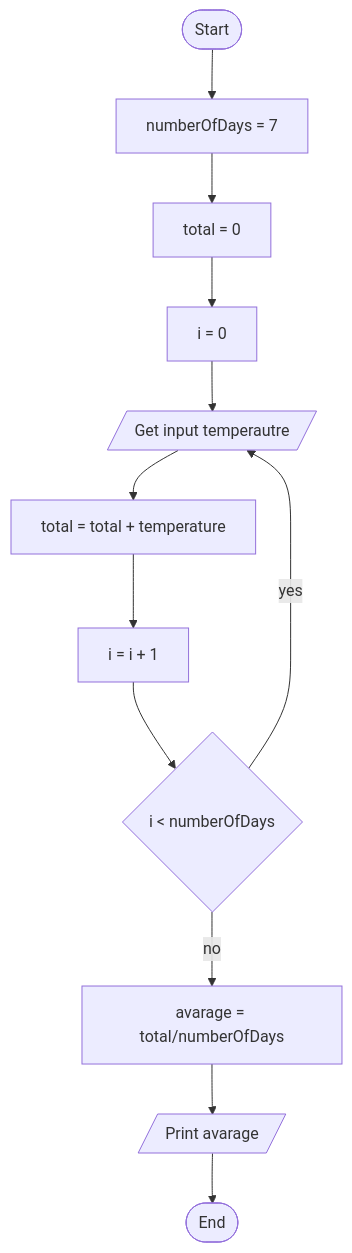
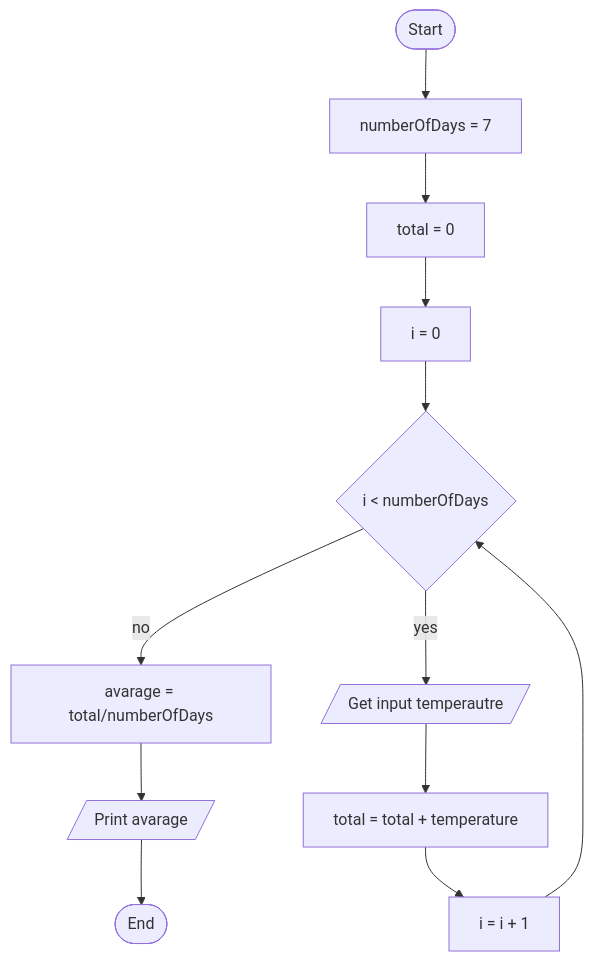
One commit to AntonHallgren/Lexicon-Workshop-2-Algorithm-and-Flowchart changed the fifth of 9 diagrams in README.md. Above: the diagram before and after it, drawn with Mermaid. The commit also changed other lines of this file, not shown here.

Commit message:
I fixed a misstake in my flowcharts with loops, the condition chould be checked at the start of the repeated code rather than the end

````diff
--- a/README.md
+++ b/README.md
@@ -163,17 +171,17 @@
 ```mermaid
 flowchart TD
 start([Start]) -->
 initDays[numberOfDays = 7] -->
 initTotal[total = 0] -->
 initCounter[i = 0] -->
-input[/Get input temperautre/] -->
-sum[total = total + temperature] -->
-incrementCounter[i = i + 1] -->
 loop{i < numberOfDays} -- no -->
 initAvarage[avarage = total/numberOfDays]-->
 displayAvarage[/Print avarage/] -->
 END([End])
 
 loop -- yes -->
-input
+input[/Get input temperautre/] -->
+sum[total = total + temperature] -->
+incrementCounter[i = i + 1] -->
+loop
 ```
````
